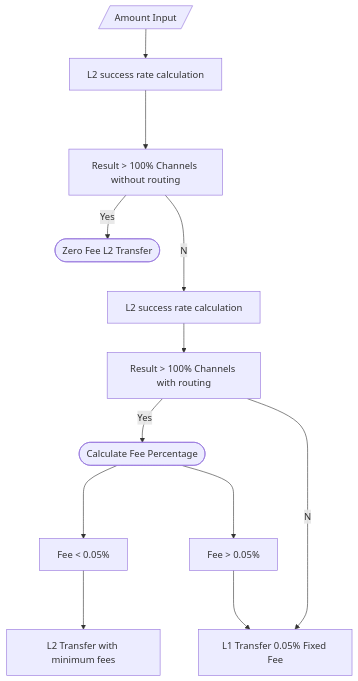
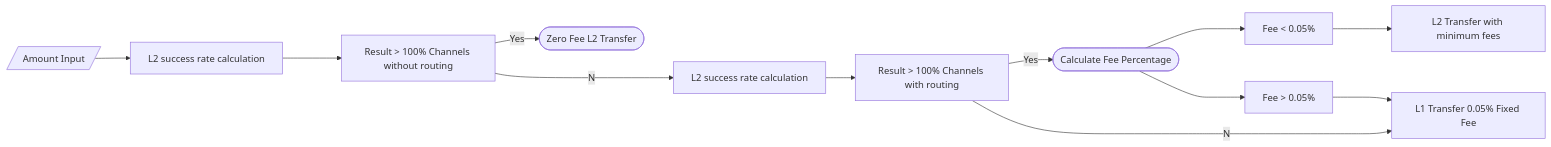
One commit to viralfoundation/Technical-Whitepaper-LaTeX changed the diagram in README.md. Above: the diagram before and after it, drawn with Mermaid.

Commit message:
Commit #5

````diff
--- a/README.md
+++ b/README.md
@@ -651,18 +651,18 @@
 ```mermaid
 
-flowchart TB
+flowchart LR
 
 
     A[/Amount Input /] --> B[L2 success rate calculation]
     B ---> C[Result > 100% Channels without routing]
     C --Yes--> D([Zero Fee L2 Transfer])
     C --No--> E[L2 success rate calculation]
     E-->F[Result > 100% Channels with routing]
     F --Yes--> G([Calculate Fee Percentage])
     F --No--> H[L1 Transfer 0.05% Fixed Fee]
     G --->I[Fee < 0.05%]
     G --->J[Fee > 0.05%]
     I ---> K[L2 Transfer with minimum fees]
     J ---> H[L1 Transfer 0.05% Fixed Fee]
 
 ```
````
